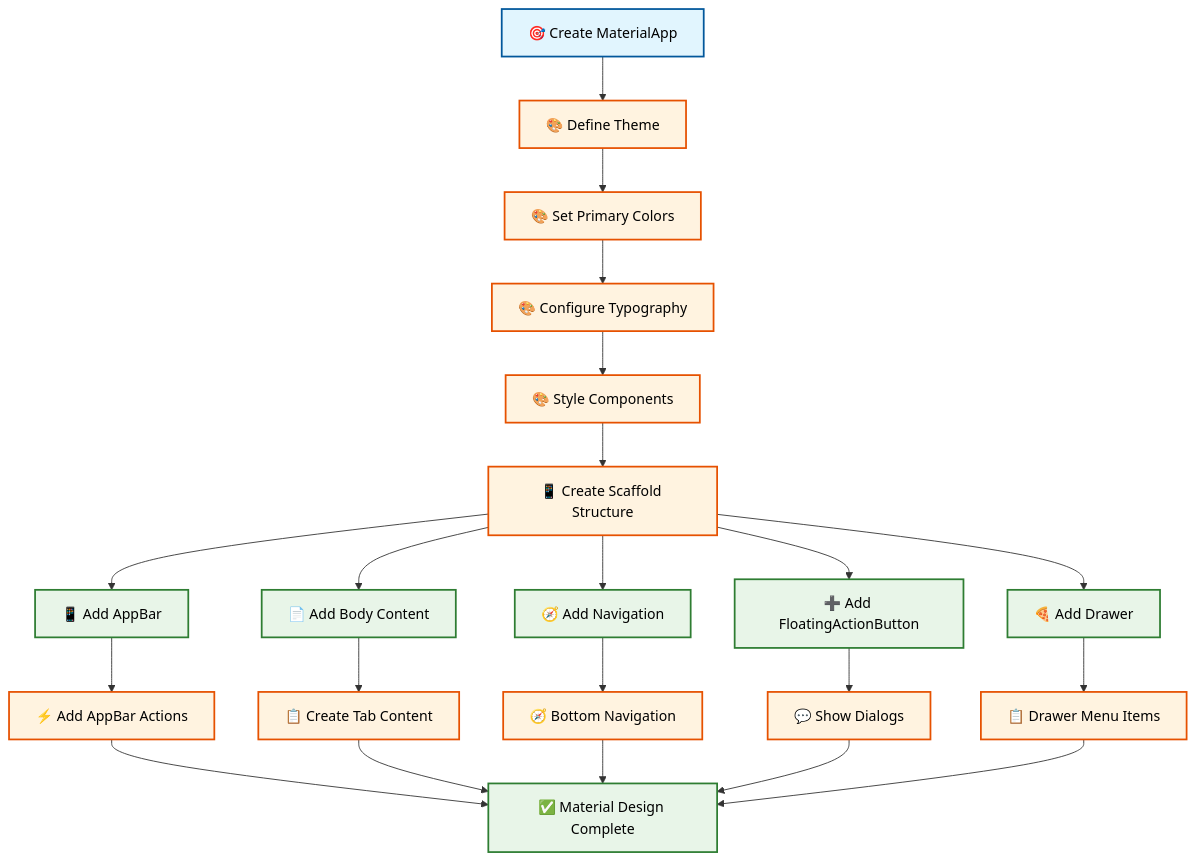
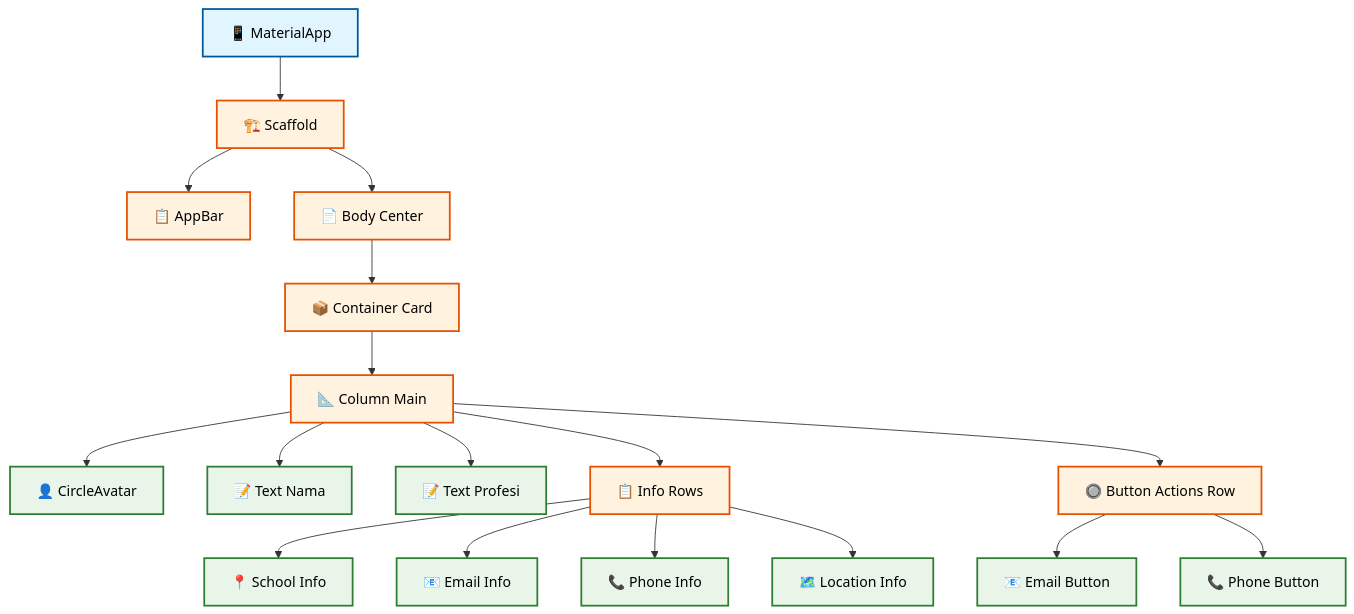
Before and after one commit to antonprafanto/flutter: the fourth of 5 diagrams in pertemuan3.md, drawn with Mermaid. The commit also changed other lines of this file, not shown here.

````diff
--- a/pertemuan3.md
+++ b/pertemuan3.md
@@ -2784,43 +695,39 @@
 ```mermaid
 flowchart TD
-    A[🎯 Create MaterialApp] --> B[🎨 Define Theme]
-    B --> C[🎨 Set Primary Colors]
-    C --> D[🎨 Configure Typography]
-    D --> E[🎨 Style Components]
-    E --> F[📱 Create Scaffold Structure]
-    F --> G[📱 Add AppBar]
-    F --> H[📄 Add Body Content]
-    F --> I[🧭 Add Navigation]
-    F --> J[➕ Add FloatingActionButton]
-    F --> K[🍕 Add Drawer]
+    A[📱 MaterialApp] --> B[🏗️ Scaffold]
+    B --> C[📋 AppBar]
+    B --> D[📄 Body Center]
+    D --> E[📦 Container Card]
+    E --> F[📐 Column Main]
+    F --> G[👤 CircleAvatar]
+    F --> H[📝 Text Nama]
+    F --> I[📝 Text Profesi]
+    F --> J[📋 Info Rows]
+    F --> K[🔘 Button Actions Row]
     
-    G --> L[⚡ Add AppBar Actions]
-    H --> M[📋 Create Tab Content]
-    I --> N[🧭 Bottom Navigation]
-    J --> O[💬 Show Dialogs]
-    K --> P[📋 Drawer Menu Items]
+    J --> L[📍 School Info]
+    J --> M[📧 Email Info]
+    J --> N[📞 Phone Info]
+    J --> O[🗺️ Location Info]
     
-    L --> Q[✅ Material Design Complete]
-    M --> Q
-    N --> Q
-    O --> Q
-    P --> Q
+    K --> P[📧 Email Button]
+    K --> Q[📞 Phone Button]
     
     style A fill:#e1f5fe,stroke:#01579b,stroke-width:2px,color:#000
     style B fill:#fff3e0,stroke:#e65100,stroke-width:2px,color:#000
     style C fill:#fff3e0,stroke:#e65100,stroke-width:2px,color:#000
     style D fill:#fff3e0,stroke:#e65100,stroke-width:2px,color:#000
     style E fill:#fff3e0,stroke:#e65100,stroke-width:2px,color:#000
     style F fill:#fff3e0,stroke:#e65100,stroke-width:2px,color:#000
     style G fill:#e8f5e8,stroke:#2e7d32,stroke-width:2px,color:#000
     style H fill:#e8f5e8,stroke:#2e7d32,stroke-width:2px,color:#000
     style I fill:#e8f5e8,stroke:#2e7d32,stroke-width:2px,color:#000
-    style J fill:#e8f5e8,stroke:#2e7d32,stroke-width:2px,color:#000
-    style K fill:#e8f5e8,stroke:#2e7d32,stroke-width:2px,color:#000
-    style L fill:#fff3e0,stroke:#e65100,stroke-width:2px,color:#000
-    style M fill:#fff3e0,stroke:#e65100,stroke-width:2px,color:#000
-    style N fill:#fff3e0,stroke:#e65100,stroke-width:2px,color:#000
-    style O fill:#fff3e0,stroke:#e65100,stroke-width:2px,color:#000
-    style P fill:#fff3e0,stroke:#e65100,stroke-width:2px,color:#000
+    style J fill:#fff3e0,stroke:#e65100,stroke-width:2px,color:#000
+    style K fill:#fff3e0,stroke:#e65100,stroke-width:2px,color:#000
+    style L fill:#e8f5e8,stroke:#2e7d32,stroke-width:2px,color:#000
+    style M fill:#e8f5e8,stroke:#2e7d32,stroke-width:2px,color:#000
+    style N fill:#e8f5e8,stroke:#2e7d32,stroke-width:2px,color:#000
+    style O fill:#e8f5e8,stroke:#2e7d32,stroke-width:2px,color:#000
+    style P fill:#e8f5e8,stroke:#2e7d32,stroke-width:2px,color:#000
     style Q fill:#e8f5e8,stroke:#2e7d32,stroke-width:2px,color:#000
 ```
````
